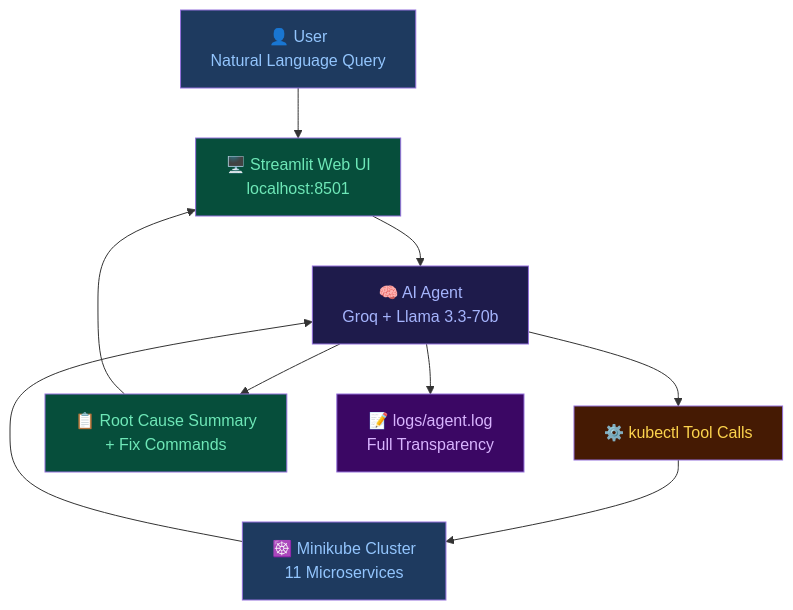
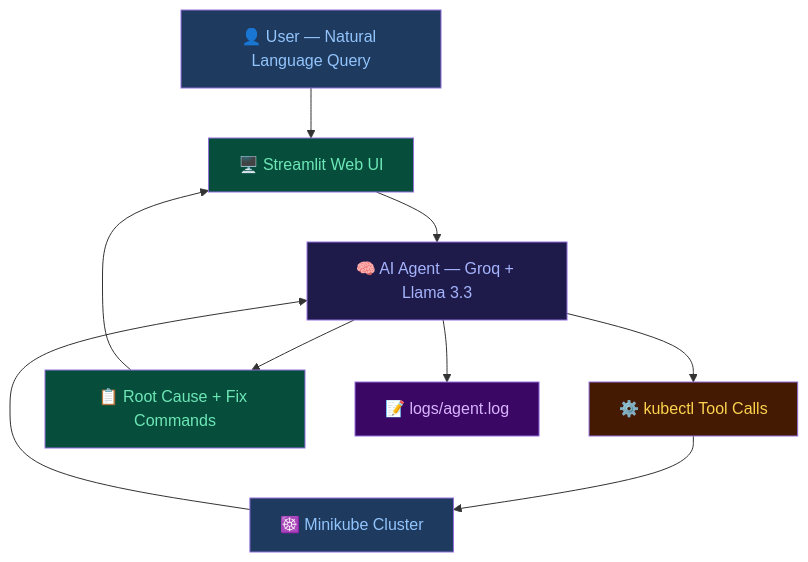
The first of 2 diagrams in README.md (Rakshitha-cpu/Rakshitha-cpu-H2H-Bright-Bits-Agentic-AI-Ops-Assistant-for-Kubernetes-Clusters), drawn with Mermaid before and after one commit. The commit also changed other lines of this file, not shown here.

````diff
--- a/README.md
+++ b/README.md
@@ -33,19 +66,19 @@
 ```mermaid
 flowchart TD
-    A[👤 User\nNatural Language Query] --> B[🖥️ Streamlit Web UI\nlocalhost:8501]
-    B --> C[🧠 AI Agent\nGroq + Llama 3.3-70b]
+    A[👤 User — Natural Language Query] --> B[🖥️ Streamlit Web UI]
+    B --> C[🧠 AI Agent — Groq + Llama 3.3]
     C --> D[⚙️ kubectl Tool Calls]
-    D --> E[☸️ Minikube Cluster\n11 Microservices]
+    D --> E[☸️ Minikube Cluster]
     E --> C
-    C --> F[📋 Root Cause Summary\n+ Fix Commands]
+    C --> F[📋 Root Cause + Fix Commands]
     F --> B
-    C --> G[📝 logs/agent.log\nFull Transparency]
+    C --> G[📝 logs/agent.log]
 
     style A fill:#1e3a5f,color:#93c5fd
     style B fill:#064e3b,color:#6ee7b7
     style C fill:#1e1b4b,color:#a5b4fc
     style D fill:#451a03,color:#fcd34d
     style E fill:#1e3a5f,color:#93c5fd
     style F fill:#064e3b,color:#6ee7b7
     style G fill:#3b0764,color:#d8b4fe
 ```
````
